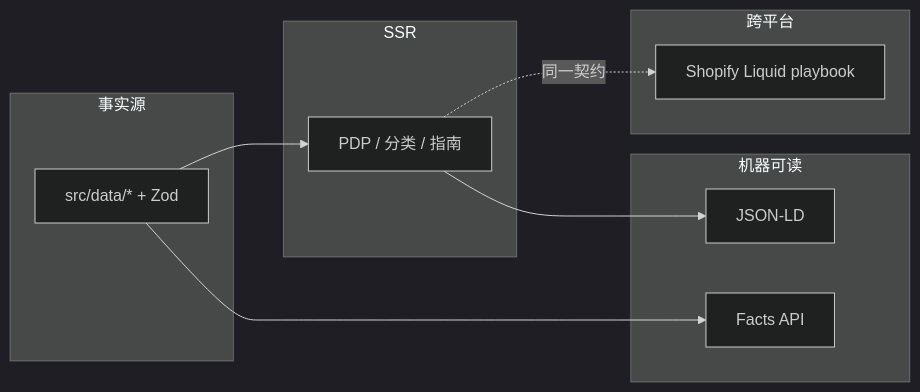
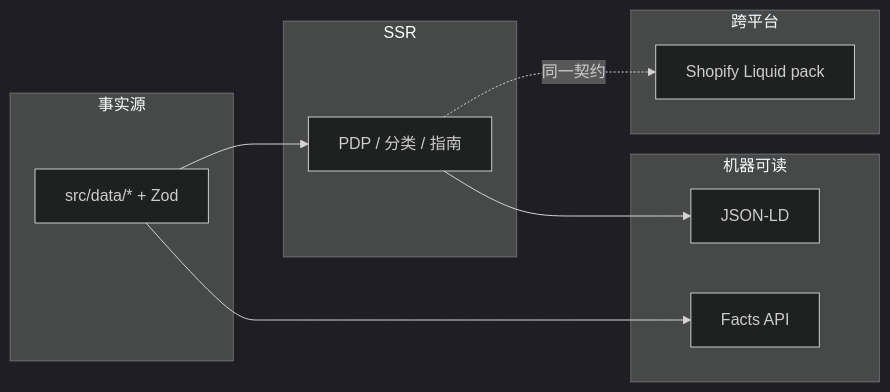
The second of 2 diagrams in README.md (GosuQuan/seo-geo-commerce), drawn with Mermaid (dark theme) before and after one commit. The commit also changed other lines of this file, not shown here.

````diff
--- a/README.md
+++ b/README.md
@@ -172,19 +181,19 @@
 ```mermaid
 flowchart LR
   subgraph S["事实源"]
     D["src/data/* + Zod"]
   end
   subgraph R["SSR"]
     P["PDP / 分类 / 指南"]
   end
   subgraph M["机器可读"]
     J["JSON-LD"]
     F["Facts API"]
   end
   subgraph X["跨平台"]
-    SH["Shopify Liquid playbook"]
+    SH["Shopify Liquid pack"]
   end
   D --> P --> J
   D --> F
   P -. 同一契约 .-> SH
 ```
````
